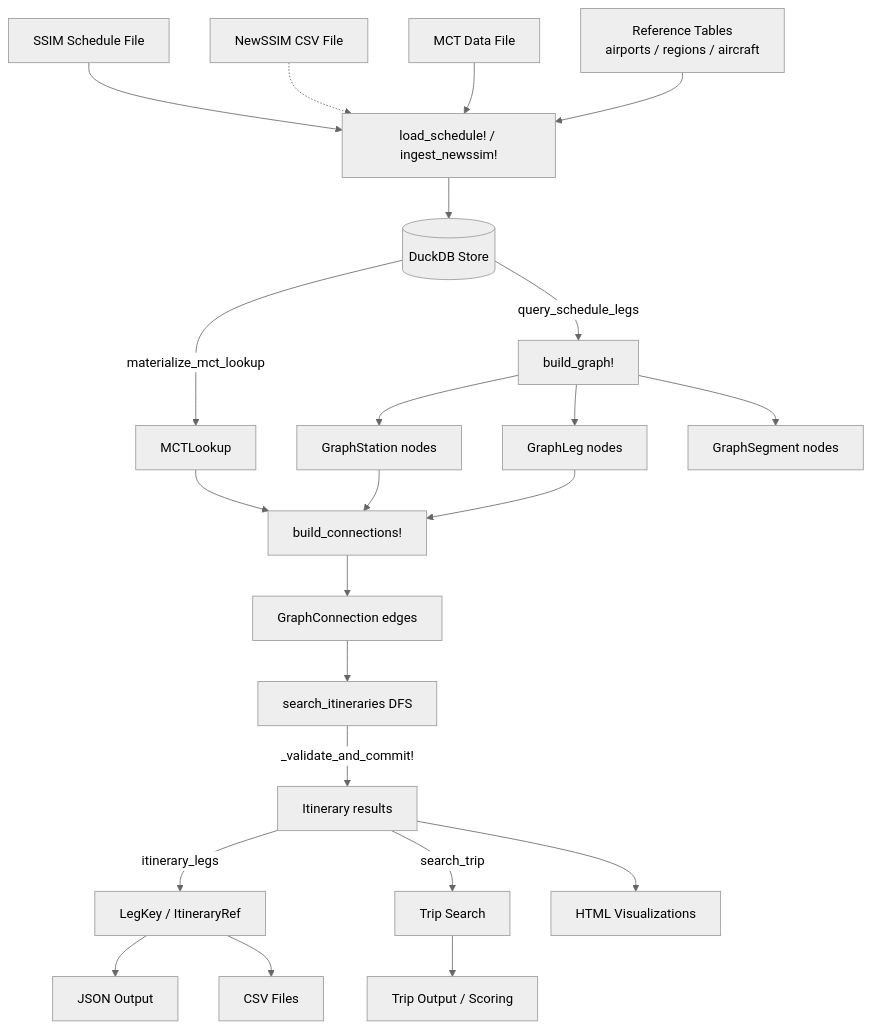
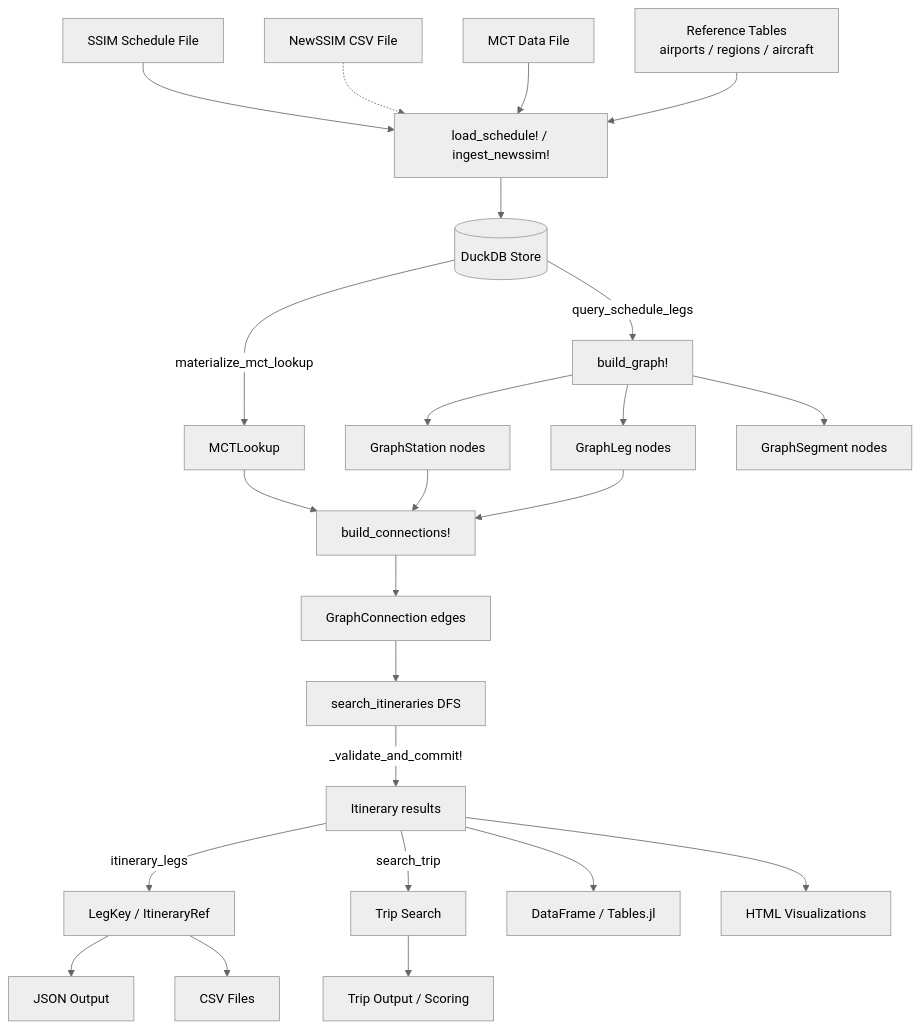
The first of 2 diagrams in docs/src/architecture.md (cell-scape/ItinerarySearch.jl), drawn with Mermaid (neutral theme) before and after one commit. The commit also changed other lines of this file and 9 other files, not shown here.

````diff
--- a/docs/src/architecture.md
+++ b/docs/src/architecture.md
@@ -13,32 +13,33 @@
 ```mermaid
 graph TD
     SSIM[SSIM Schedule File] --> Ingest
     NewSSIM[NewSSIM CSV File] -.-> Ingest
     MCT[MCT Data File] --> Ingest
     Refs[Reference Tables\nairports / regions / aircraft] --> Ingest
 
     Ingest[load_schedule! / ingest_newssim!] --> DuckDB[(DuckDB Store)]
 
     DuckDB --> |query_schedule_legs| GraphBuild[build_graph!]
     DuckDB --> |materialize_mct_lookup| MCTLookup[MCTLookup]
 
     GraphBuild --> Stations[GraphStation nodes]
     GraphBuild --> Legs[GraphLeg nodes]
     GraphBuild --> Segments[GraphSegment nodes]
     MCTLookup --> ConnBuild
 
     Stations --> ConnBuild[build_connections!]
     Legs --> ConnBuild
     ConnBuild --> Connections[GraphConnection edges]
 
     Connections --> DFS[search_itineraries DFS]
     DFS --> |_validate_and_commit!| Itineraries[Itinerary results]
 
     Itineraries --> |itinerary_legs| LegIndex[LegKey / ItineraryRef]
     Itineraries --> |search_trip| Trips[Trip Search]
 
     LegIndex --> JSON[JSON Output]
     LegIndex --> CSV[CSV Files]
+    Itineraries --> Tables[DataFrame / Tables.jl]
     Trips --> TripOut[Trip Output / Scoring]
     Itineraries --> Viz[HTML Visualizations]
 ```
````
